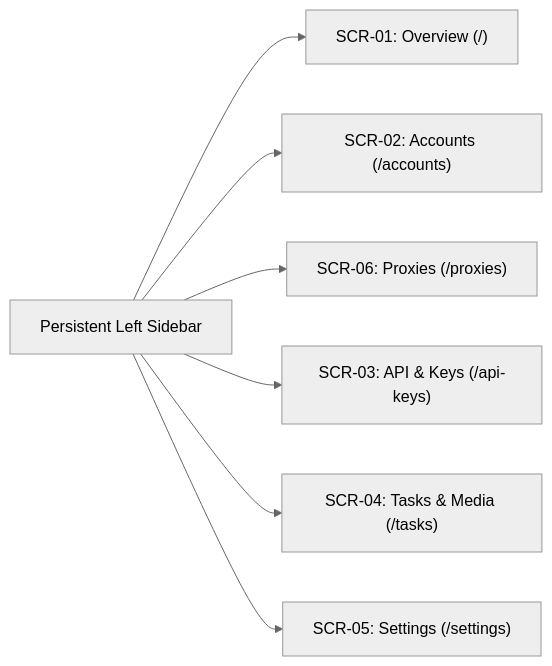
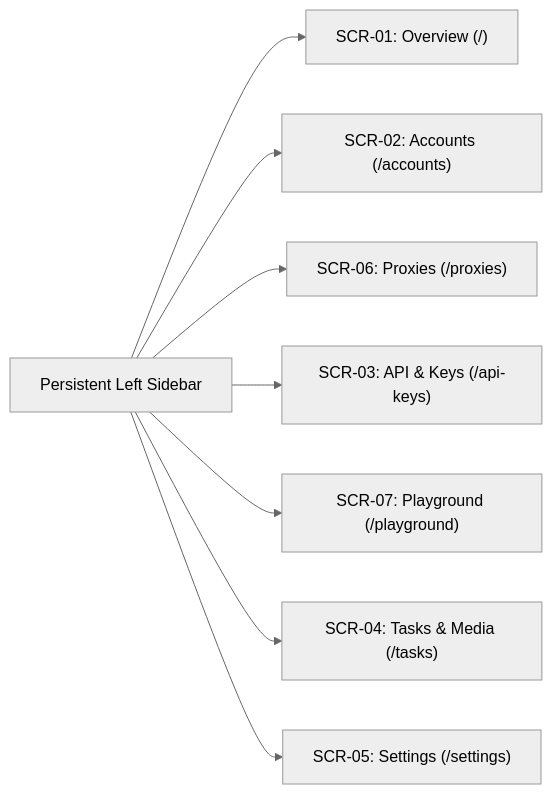
One commit to nguyenduclong-ict/muse2api changed the diagram in docs/02_basic_design/03_screens_overview.md. Above: the diagram before and after it, drawn with Mermaid (neutral theme). The commit also changed other lines of this file and 57 other files, not shown here.

````diff
--- a/docs/02_basic_design/03_screens_overview.md
+++ b/docs/02_basic_design/03_screens_overview.md
@@ -18,9 +19,10 @@
 ```mermaid
 flowchart LR
     Sidebar["Persistent Left Sidebar"] --> SCR01["SCR-01: Overview (/)"]
     Sidebar --> SCR02["SCR-02: Accounts (/accounts)"]
     Sidebar --> SCR06["SCR-06: Proxies (/proxies)"]
     Sidebar --> SCR03["SCR-03: API & Keys (/api-keys)"]
+    Sidebar --> SCR07["SCR-07: Playground (/playground)"]
     Sidebar --> SCR04["SCR-04: Tasks & Media (/tasks)"]
     Sidebar --> SCR05["SCR-05: Settings (/settings)"]
 ```
````
